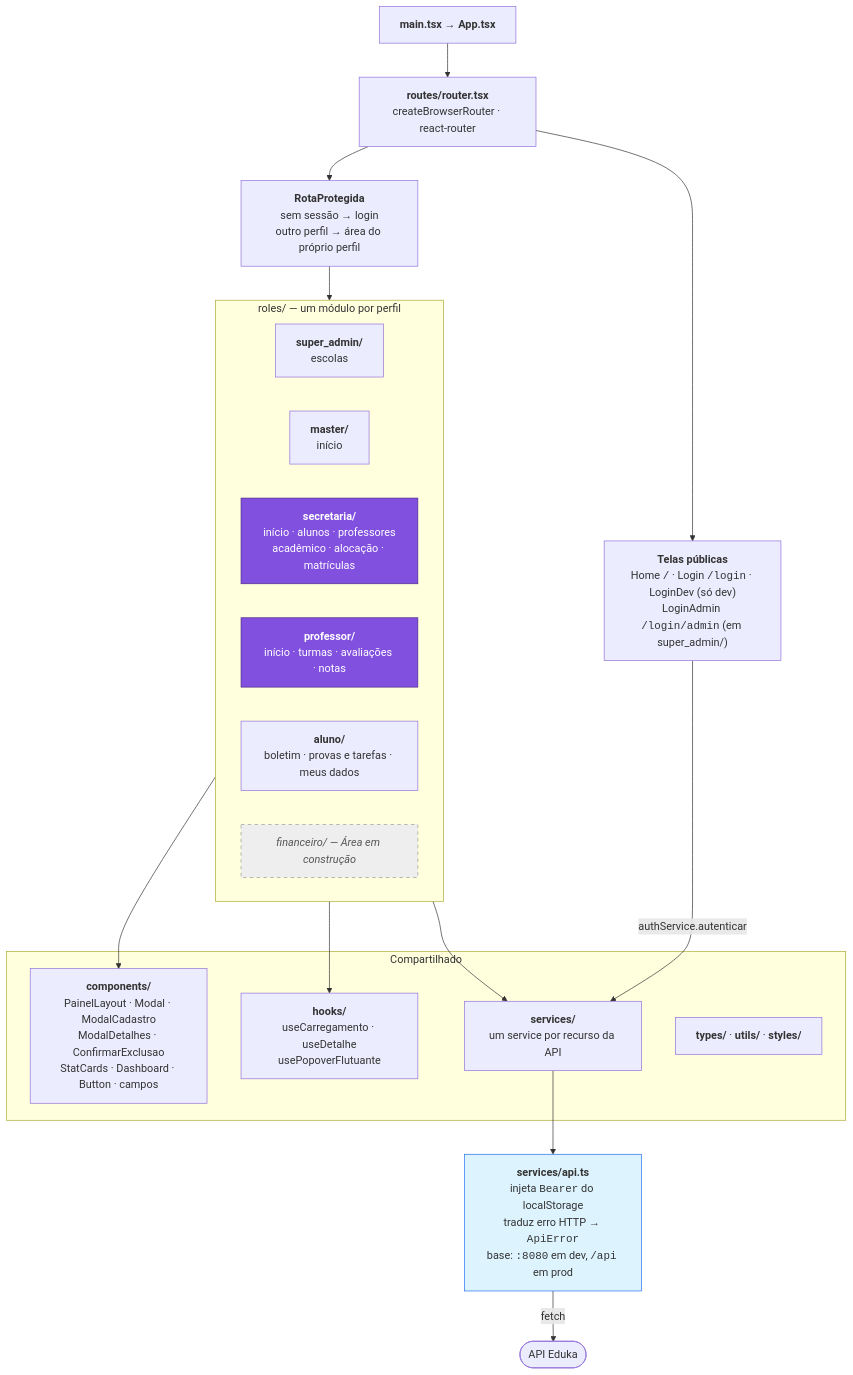
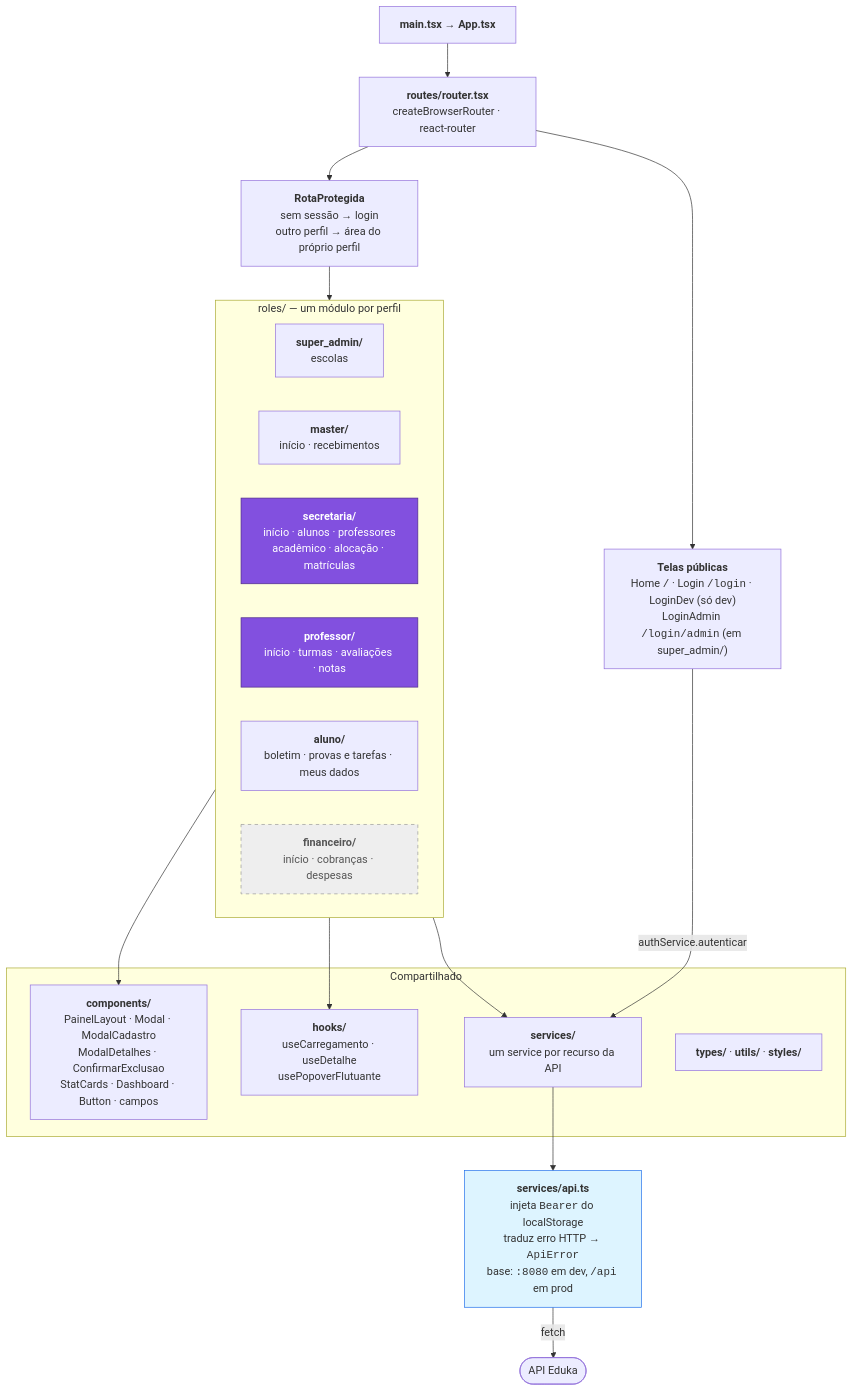
One commit to ICEI-PUC-Minas-PMGES-TI/pmg-es-2026-2-ti3-9577100-eduka changed the sixth of 6 diagrams in Artefatos/arquitetura/arquitetura-da-solucao.md. Above: the diagram before and after it, drawn with Mermaid. The commit also changed 17 other files, not shown here.

First line of the commit message:
feat(frontend): Início do financeiro e resumo financeiro no Início do master

````diff
--- a/Artefatos/arquitetura/arquitetura-da-solucao.md
+++ b/Artefatos/arquitetura/arquitetura-da-solucao.md
@@ -452,41 +452,41 @@
 ```mermaid
 flowchart TB
     MAIN["<b>main.tsx</b> → <b>App.tsx</b>"]
     ROUTER["<b>routes/router.tsx</b><br/>createBrowserRouter · react-router"]
 
     PUB["<b>Telas públicas</b><br/>Home <code>/</code> · Login <code>/login</code> · LoginDev (só dev)<br/>LoginAdmin <code>/login/admin</code> (em super_admin/)"]
     GUARD["<b>RotaProtegida</b><br/>sem sessão → login<br/>outro perfil → área do próprio perfil"]
 
     subgraph roles["roles/ — um módulo por perfil"]
         SAD["<b>super_admin/</b><br/>escolas"]
-        MAS["<b>master/</b><br/>início"]
+        MAS["<b>master/</b><br/>início · recebimentos"]
         SEC["<b>secretaria/</b><br/>início · alunos · professores<br/>acadêmico · alocação · matrículas"]
         PROF["<b>professor/</b><br/>início · turmas · avaliações · notas"]
         ALU["<b>aluno/</b><br/>boletim · provas e tarefas · meus dados"]
-        FIN["<i>financeiro/ — Área em construção</i>"]
+        FIN["<b>financeiro/</b><br/>início · cobranças · despesas"]
     end
 
     subgraph shared["Compartilhado"]
         COMP["<b>components/</b><br/>PainelLayout · Modal · ModalCadastro<br/>ModalDetalhes · ConfirmarExclusao<br/>StatCards · Dashboard · Button · campos"]
         HOOKS["<b>hooks/</b><br/>useCarregamento · useDetalhe<br/>usePopoverFlutuante"]
         SRV["<b>services/</b><br/>um service por recurso da API"]
         TYPES["<b>types/</b> · <b>utils/</b> · <b>styles/</b>"]
     end
 
     API["<b>services/api.ts</b><br/>injeta <code>Bearer</code> do localStorage<br/>traduz erro HTTP → <code>ApiError</code><br/>base: <code>:8080</code> em dev, <code>/api</code> em prod"]
 
     MAIN --> ROUTER
     ROUTER --> PUB
     ROUTER --> GUARD --> roles
     PUB -->|"authService.autenticar"| SRV
     roles --> COMP
     roles --> HOOKS
     roles --> SRV
     SRV --> API
     API -->|"fetch"| BACK(["API Eduka"])
 
     style SEC fill:#8250df,stroke:#4c2889,color:#fff
     style PROF fill:#8250df,stroke:#4c2889,color:#fff
     style API fill:#ddf4ff,stroke:#1f6feb
     style FIN fill:#eee,stroke:#999,color:#555,stroke-dasharray: 5 5
 ```
````
